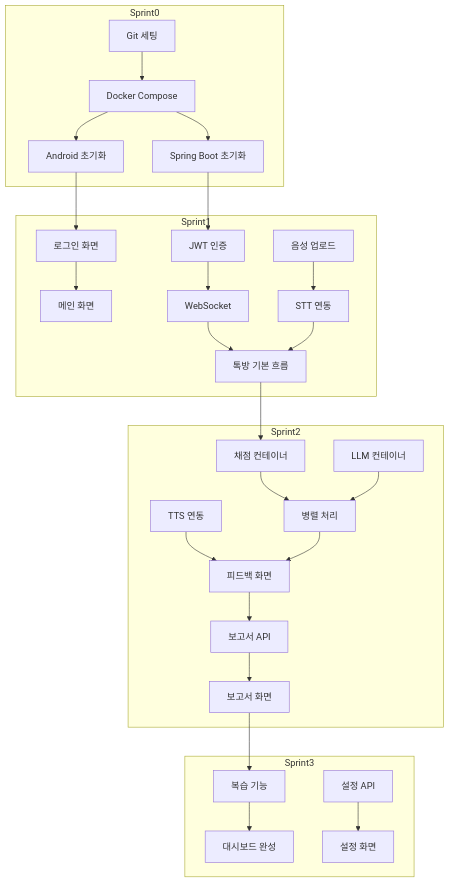
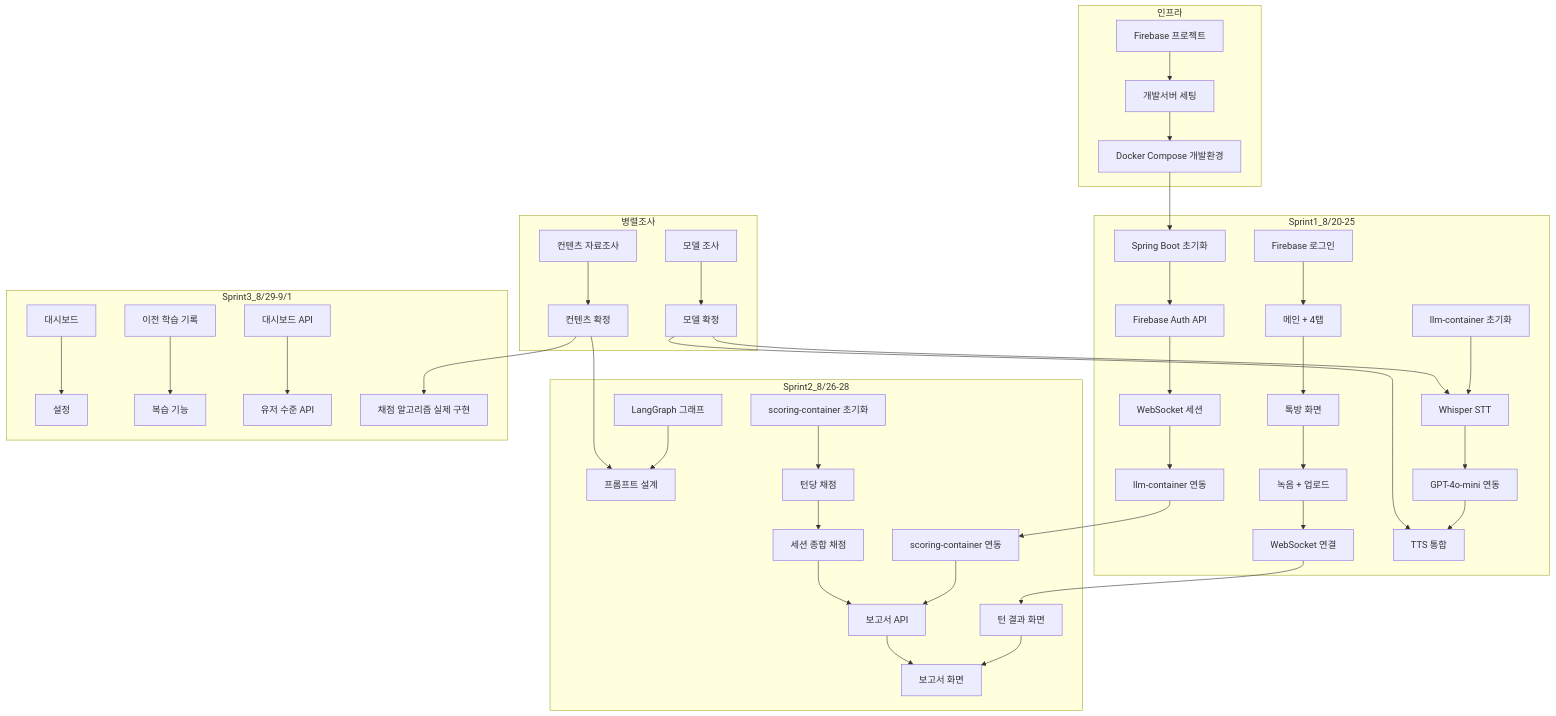
The second of 2 diagrams in 07_WBS_Development_Plan.md (2026SeSAC-Oracle-Team2/Documentations), drawn with Mermaid before and after one commit. The commit also changed other lines of this file and 7 other files, not shown here.

````diff
--- a/07_WBS_Development_Plan.md
+++ b/07_WBS_Development_Plan.md
@@ -248,35 +301,50 @@
 ```mermaid
 graph TD
-    subgraph Sprint0
-        S0A[Git 세팅] --> S0B[Docker Compose]
-        S0B --> S0C[Android 초기화]
-        S0B --> S0D[Spring Boot 초기화]
+    subgraph 병렬조사
+        R1[컨텐츠 자료조사] --> R2[컨텐츠 확정]
+        R3[모델 조사] --> R4[모델 확정]
     end
 
-    subgraph Sprint1
-        S1A[로그인 화면] --> S1B[메인 화면]
-        S1C[JWT 인증] --> S1D[WebSocket]
-        S1E[음성 업로드] --> S1F[STT 연동]
-        S1D --> S1G[톡방 기본 흐름]
-        S1F --> S1G
+    subgraph 인프라
+        I1[Firebase 프로젝트] --> I2[개발서버 세팅]
+        I2 --> I3[Docker Compose 개발환경]
     end
 
-    subgraph Sprint2
-        S2A[채점 컨테이너] --> S2B[병렬 처리]
-        S2C[LLM 컨테이너] --> S2B
-        S2D[TTS 연동] --> S2E[피드백 화면]
-        S2B --> S2E
-        S2F[보고서 API] --> S2G[보고서 화면]
+    subgraph Sprint1_8/20-25
+        C1[Firebase 로그인] --> C2[메인 + 4탭]
+        C2 --> C3[톡방 화면]
+        C3 --> C4[녹음 + 업로드]
+        C4 --> C5[WebSocket 연결]
+        B1[Spring Boot 초기화] --> B2[Firebase Auth API]
+        B2 --> B3[WebSocket 세션]
+        B3 --> B4[llm-container 연동]
+        A1[llm-container 초기화] --> A2[Whisper STT]
+        A2 --> A3[GPT-4o-mini 연동]
+        A3 --> A4[TTS 통합]
     end
 
-    subgraph Sprint3
-        S3A[복습 기능] --> S3B[대시보드 완성]
-        S3C[설정 API] --> S3D[설정 화면]
+    subgraph Sprint2_8/26-28
+        C6[턴 결과 화면] --> C7[보고서 화면]
+        B5[scoring-container 연동] --> B6[보고서 API]
+        B4 --> B5
+        A5[LangGraph 그래프] --> A6[프롬프트 설계]
+        A7[scoring-container 초기화] --> A8[턴당 채점]
+        A8 --> A9[세션 종합 채점]
     end
 
-    S0D --> S1C
-    S0C --> S1A
-    S1G --> S2A
-    S2E --> S2F
-    S2G --> S3A
+    subgraph Sprint3_8/29-9/1
+        C8[대시보드] --> C9[설정]
+        C10[이전 학습 기록] --> C11[복습 기능]
+        B7[대시보드 API] --> B8[유저 수준 API]
+        A10[채점 알고리즘 실제 구현]
+    end
+
+    R2 --> A6
+    R2 --> A10
+    R4 --> A2
+    R4 --> A4
+    I3 --> B1
+    C5 --> C6
+    B6 --> C7
+    A9 --> B6
 ```
````
